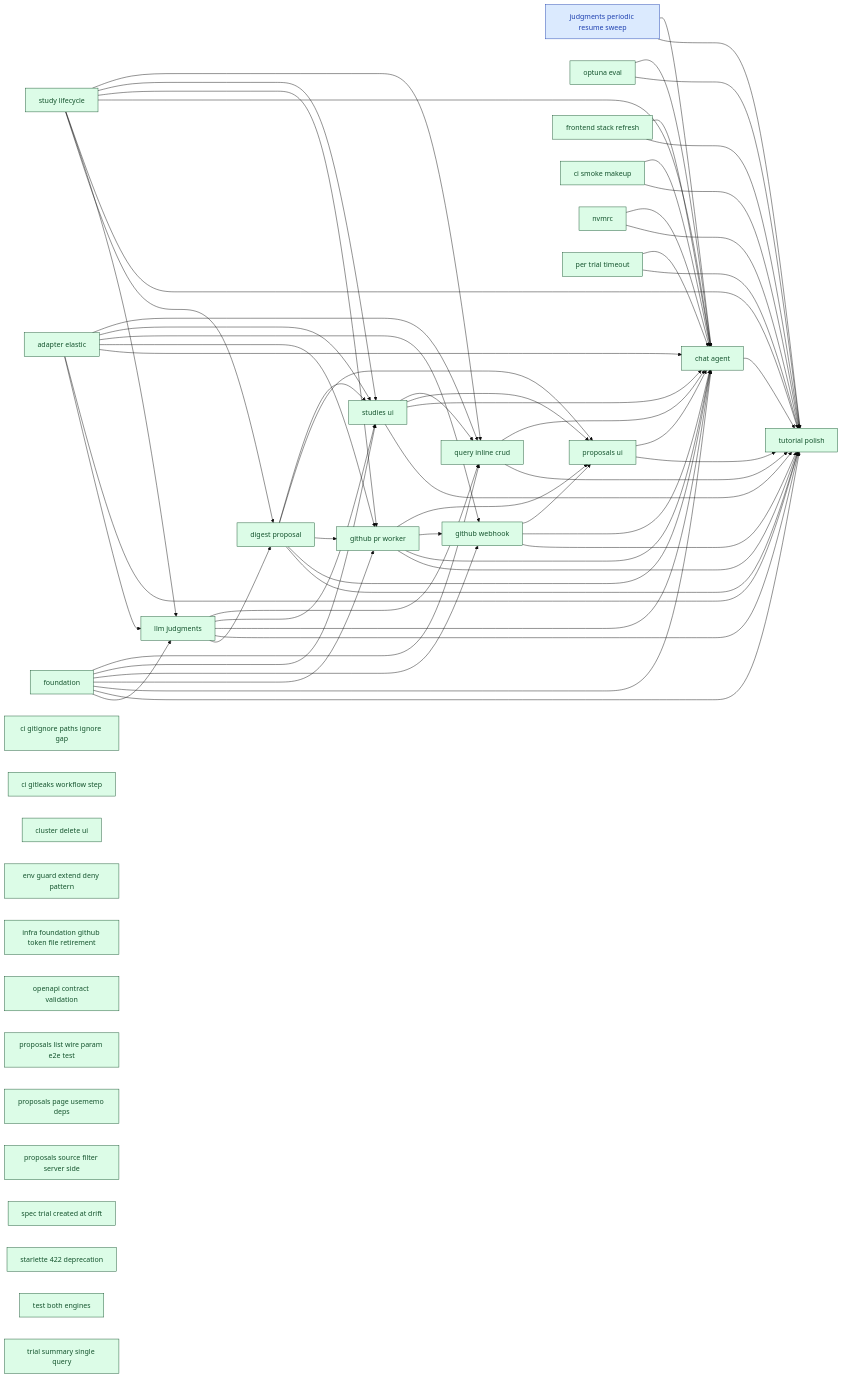
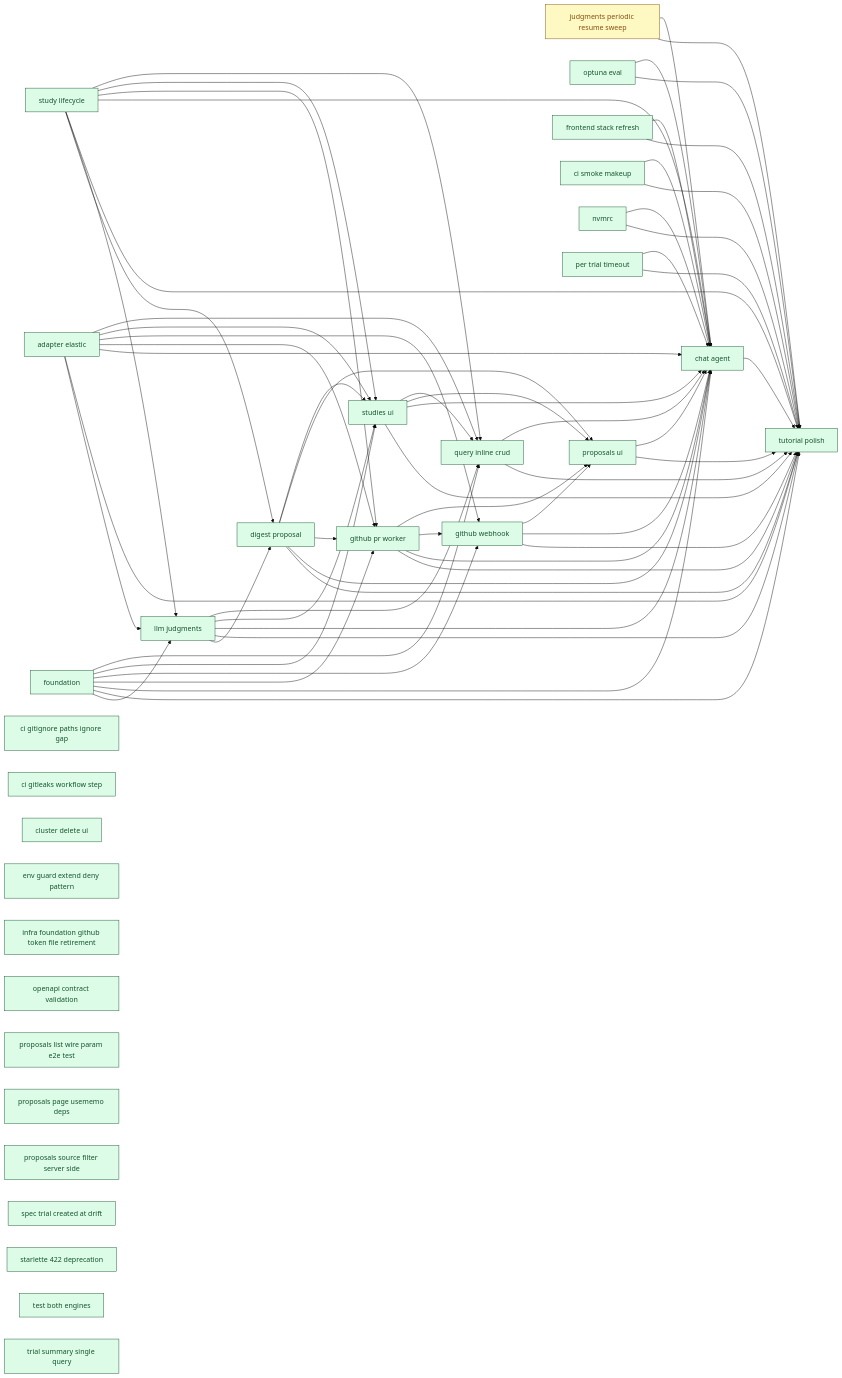
The diagram in docs/00_overview/MVP1_DASHBOARD.md (SoundMindsAI/relyloop), drawn with Mermaid (base theme) before and after one commit. The commit also changed other lines of this file and 3 other files, not shown here.

First line of the commit message:
docs(judgments-resume-sweep): implementation_plan.md (PLAN stage)

```diff
--- a/docs/00_overview/MVP1_DASHBOARD.md
+++ b/docs/00_overview/MVP1_DASHBOARD.md
@@ -106,7 +106,7 @@
   classDef spec fill:#dbeafe,stroke:#1e40af,color:#1e40af;
   classDef idea fill:#f1f5f9,stroke:#334155,color:#334155;
   feat_judgments_periodic_resume_sweep["judgments periodic resume sweep"]
-  class feat_judgments_periodic_resume_sweep spec;
+  class feat_judgments_periodic_resume_sweep plan;
   infra_foundation["foundation"]
   class infra_foundation done;
   feat_study_lifecycle["study lifecycle"]
```
